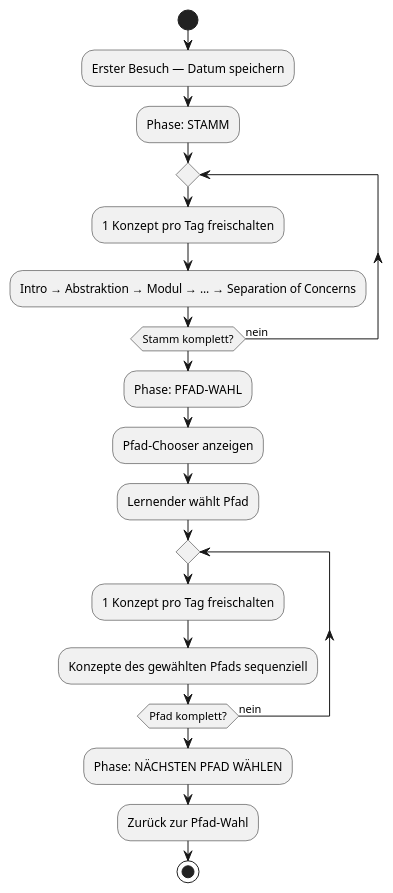
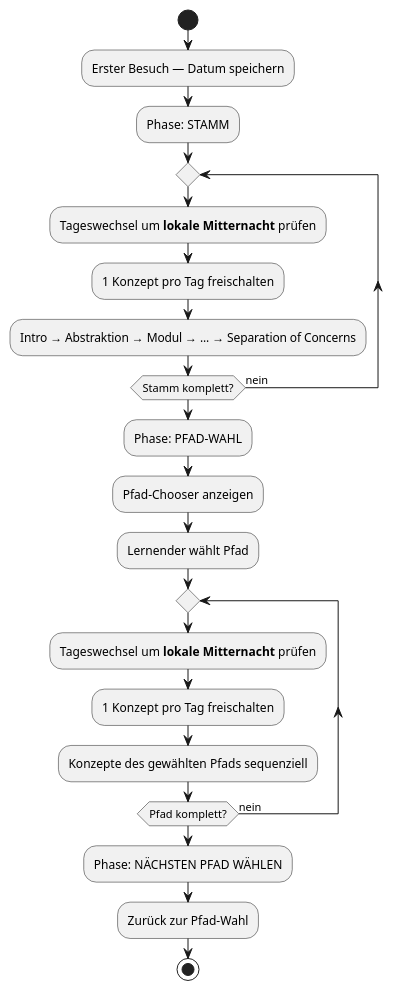
The tenth of 11 diagrams in docs/specs/01_use_cases.adoc (SA-in-60s/sa-in-60s.github.io), drawn with PlantUML before and after one commit. The commit also changed other lines of this file and 4 other files, not shown here.

```diff
--- a/docs/specs/01_use_cases.adoc
+++ b/docs/specs/01_use_cases.adoc
@@ -337,27 +337,29 @@
 [plantuml]
 ----
 @startuml
 start
 :Erster Besuch — Datum speichern;
 :Phase: STAMM;
 
 repeat
+  :Tageswechsel um **lokale Mitternacht** prüfen;
   :1 Konzept pro Tag freischalten;
   :Intro → Abstraktion → Modul → ... → Separation of Concerns;
 repeat while (Stamm komplett?) is (nein)
 
 :Phase: PFAD-WAHL;
 :Pfad-Chooser anzeigen;
 :Lernender wählt Pfad;
 
 repeat
+  :Tageswechsel um **lokale Mitternacht** prüfen;
   :1 Konzept pro Tag freischalten;
   :Konzepte des gewählten Pfads sequenziell;
 repeat while (Pfad komplett?) is (nein)
 
 :Phase: NÄCHSTEN PFAD WÄHLEN;
 :Zurück zur Pfad-Wahl;
 
 stop
 @enduml
 ----
```
